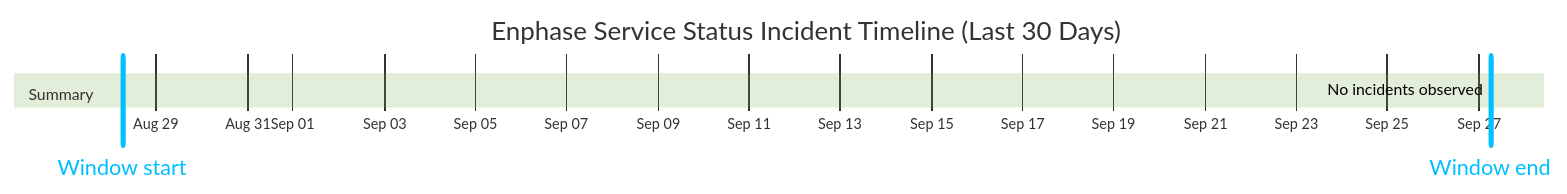
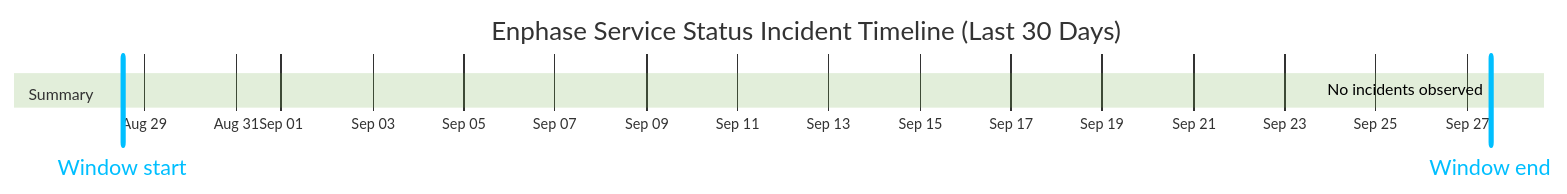
The diagram in wiki/Service-Status-History.md (barneyonline/ha-enphase-energy), drawn with Mermaid (forest theme) before and after one commit. The commit also changed other lines of this file and 3 other files, not shown here.

````diff
--- a/wiki/Service-Status-History.md
+++ b/wiki/Service-Status-History.md
@@ -14,10 +14,10 @@
 ```mermaid
 gantt
     title Enphase Service Status Incident Timeline (Last 30 Days)
     dateFormat  YYYY-MM-DDTHH:mm:ss
     axisFormat  %b %d
-    Window start :vert, window-start, 2026-08-28T06:14:04, 0ms
-    Window end :vert, window-end, 2026-09-27T06:14:04, 0ms
+    Window start :vert, window-start, 2026-08-28T12:17:10, 0ms
+    Window end :vert, window-end, 2026-09-27T12:17:10, 0ms
     section Summary
-    No incidents observed :done, 2026-09-27T06:14:04, 1m
+    No incidents observed :done, 2026-09-27T12:17:10, 1m
 ```
````
